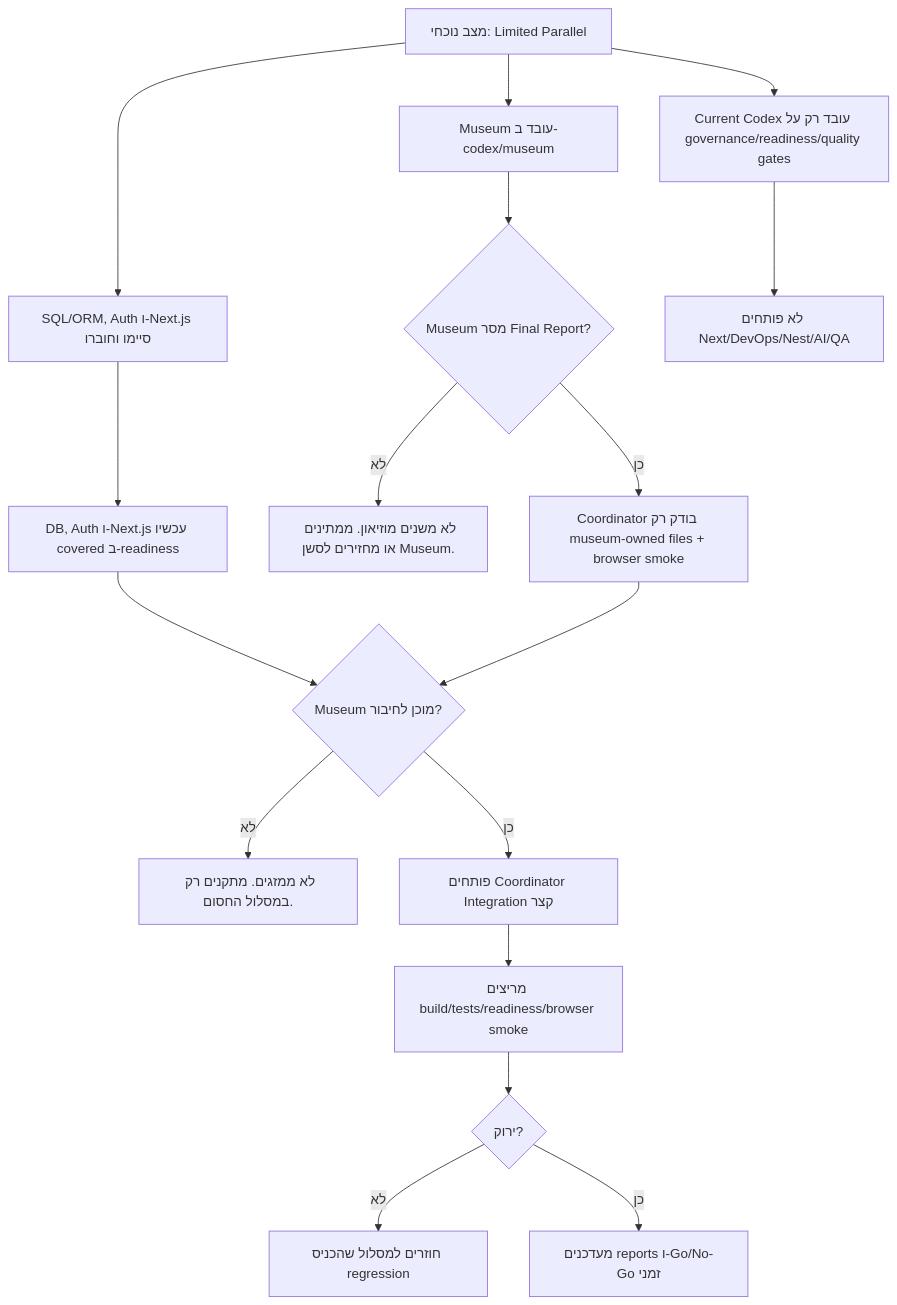
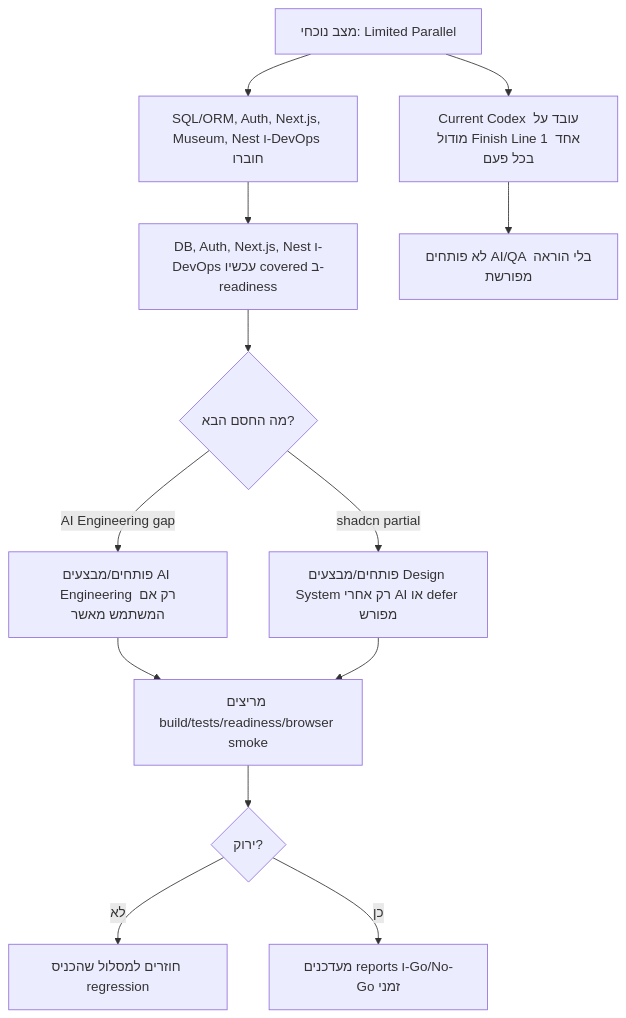
Before and after one commit to talstilkol/sv-test: the first of 2 diagrams in SVCOLLEGE_PARALLEL_SESSION_PROMPTS.md, drawn with Mermaid. The commit also changed other lines of this file and 32 other files, not shown here.

First line of the commit message:
Add SVCollege Nest.js and DevOps coverage

````diff
--- a/SVCOLLEGE_PARALLEL_SESSION_PROMPTS.md
+++ b/SVCOLLEGE_PARALLEL_SESSION_PROMPTS.md
@@ -32,22 +34,17 @@
 ```mermaid
 flowchart TD
-  A["מצב נוכחי: Limited Parallel"] --> B["SQL/ORM, Auth ו-Next.js סיימו וחוברו"]
-  A --> C["Museum עובד ב-codex/museum"]
-  A --> D["Current Codex עובד רק על governance/readiness/quality gates"]
+  A["מצב נוכחי: Limited Parallel"] --> B["SQL/ORM, Auth, Next.js, Museum, Nest ו-DevOps חוברו"]
+  A --> D["Current Codex עובד על מודול Finish Line 1 אחד בכל פעם"]
 
-  B --> E["DB, Auth ו-Next.js עכשיו covered ב-readiness"]
-  C --> F{"Museum מסר Final Report?"}
-  D --> G["לא פותחים Next/DevOps/Nest/AI/QA"]
-
-  F -- "לא" --> F1["לא משנים מוזיאון. ממתינים או מחזירים לסשן Museum."]
-  F -- "כן" --> F2["Coordinator בודק רק museum-owned files + browser smoke"]
-
-  E --> H{"Museum מוכן לחיבור?"}
-  F2 --> H
-  H -- "לא" --> H1["לא ממזגים. מתקנים רק במסלול החסום."]
-  H -- "כן" --> I["פותחים Coordinator Integration קצר"]
-  I --> J["מריצים build/tests/readiness/browser smoke"]
+  B --> E["DB, Auth, Next.js, Nest ו-DevOps עכשיו covered ב-readiness"]
+  D --> G["לא פותחים AI/QA בלי הוראה מפורשת"]
+  E --> H{"מה החסם הבא?"}
+  H -- "AI Engineering gap" --> I2["פותחים/מבצעים AI Engineering רק אם המשתמש מאשר"]
+  H -- "shadcn partial" --> I3["פותחים/מבצעים Design System רק אחרי AI או defer מפורש"]
+  I2 --> J
+  I3 --> J
+  J["מריצים build/tests/readiness/browser smoke"]
   J --> K{"ירוק?"}
   K -- "לא" --> K1["חוזרים למסלול שהכניס regression"]
   K -- "כן" --> L["מעדכנים reports ו-Go/No-Go זמני"]
 ```
````
